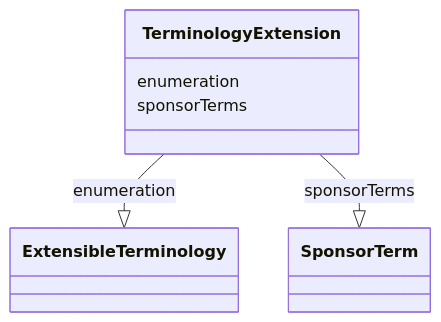
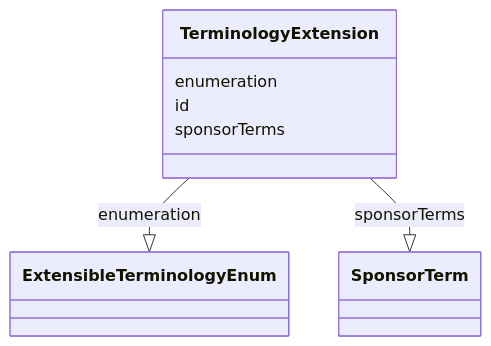
Before and after one commit to cdisc-org/analysis-results-standard: the diagram in project/docs/TerminologyExtension.md, drawn with Mermaid. The commit also changed other lines of this file and 281 other files, not shown here.

````diff
--- a/project/docs/TerminologyExtension.md
+++ b/project/docs/TerminologyExtension.md
@@ -14,13 +14,15 @@
 ```mermaid
  classDiagram
     class TerminologyExtension
       TerminologyExtension : enumeration
         
-          TerminologyExtension --|> ExtensibleTerminology : enumeration
+          TerminologyExtension --|> ExtensibleTerminologyEnum : enumeration
+        
+      TerminologyExtension : id
         
       TerminologyExtension : sponsorTerms
         
           TerminologyExtension --|> SponsorTerm : sponsorTerms
         
       
 ```
````
